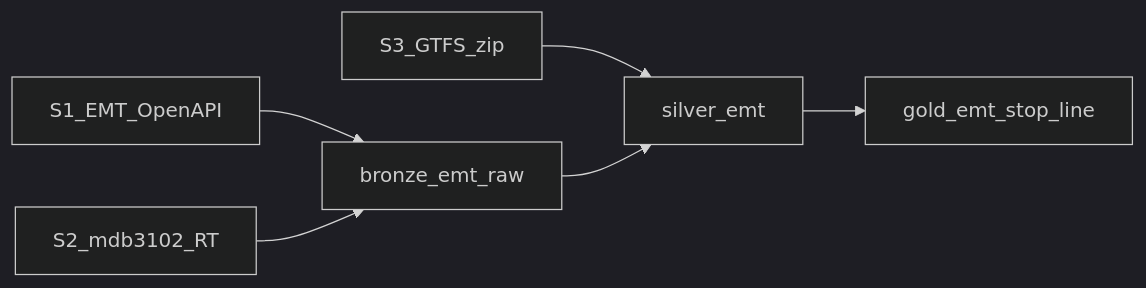
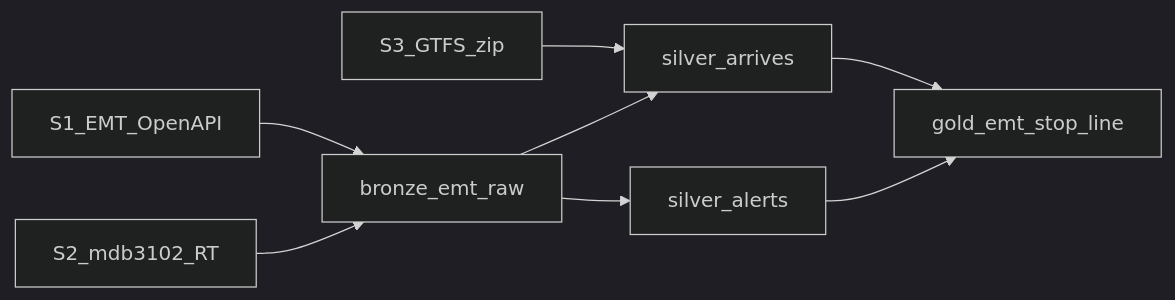
One commit to Bootcamp-IA-P6/Microsoft changed the first of 2 diagrams in docs/data-source-contract-v4.md. Above: the diagram before and after it, drawn with Mermaid (dark theme). The commit also changed other lines of this file and 7 other files, not shown here.

First line of the commit message:
docs(schema): accept silver_arrives + silver_alerts split (ADR-037, contract v4.3)

````diff
--- a/docs/data-source-contract-v4.md
+++ b/docs/data-source-contract-v4.md
@@ -88,14 +99,17 @@
 ```mermaid
 flowchart LR
   S1[S1_EMT_OpenAPI]
   S2[S2_mdb3102_RT]
   S3[S3_GTFS_zip]
   B[bronze_emt_raw]
-  S[silver_emt]
+  SA[silver_arrives]
+  SAL[silver_alerts]
   G[gold_emt_stop_line]
   S1 --> B
   S2 --> B
-  S3 --> S
-  B --> S
-  S --> G
+  S3 --> SA
+  B --> SA
+  B --> SAL
+  SA --> G
+  SAL --> G
 ```
````
